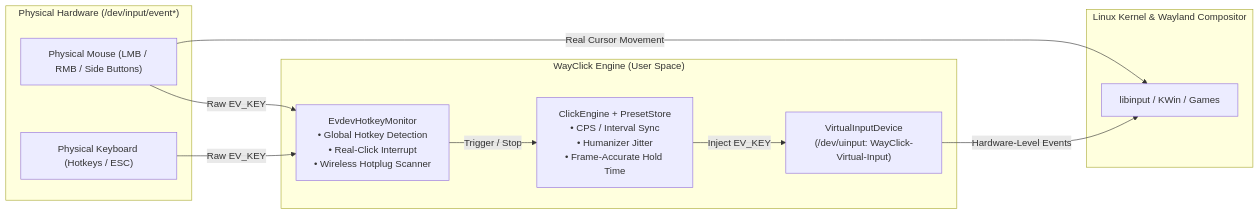
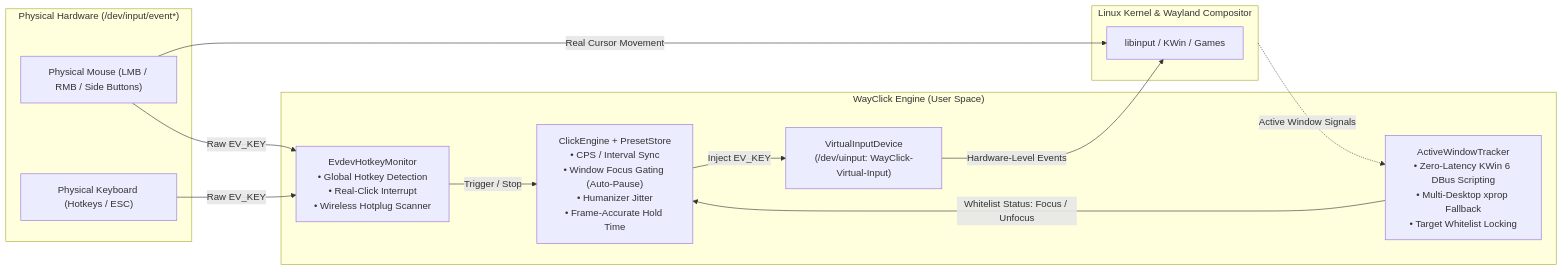
One commit to korgangames/WayClick changed the diagram in README.md. Above: the diagram before and after it, drawn with Mermaid. The commit also changed other lines of this file and 1 other file, not shown here.

First line of the commit message:
Add App/Game window whitelist & target locking feature

````diff
--- a/README.md
+++ b/README.md
@@ -35,24 +35,27 @@
 ```mermaid
 flowchart LR
     subgraph Hardware["Physical Hardware (/dev/input/event*)"]
         Mouse["Physical Mouse (LMB / RMB / Side Buttons)"]
         Kbd["Physical Keyboard (Hotkeys / ESC)"]
     end
 
     subgraph WayClick["WayClick Engine (User Space)"]
         Monitor["EvdevHotkeyMonitor\n• Global Hotkey Detection\n• Real-Click Interrupt\n• Wireless Hotplug Scanner"]
-        Engine["ClickEngine + PresetStore\n• CPS / Interval Sync\n• Humanizer Jitter\n• Frame-Accurate Hold Time"]
+        Tracker["ActiveWindowTracker\n• Zero-Latency KWin 6 DBus Scripting\n• Multi-Desktop xprop Fallback\n• Target Whitelist Locking"]
+        Engine["ClickEngine + PresetStore\n• CPS / Interval Sync\n• Window Focus Gating (Auto-Pause)\n• Humanizer Jitter\n• Frame-Accurate Hold Time"]
         VDev["VirtualInputDevice\n(/dev/uinput: WayClick-Virtual-Input)"]
     end
 
     subgraph Compositor["Linux Kernel & Wayland Compositor"]
         Libinput["libinput / KWin / Games"]
     end
 
     Mouse -->|Raw EV_KEY| Monitor
     Kbd -->|Raw EV_KEY| Monitor
+    Compositor -.->|Active Window Signals| Tracker
+    Tracker -->|Whitelist Status: Focus / Unfocus| Engine
     Monitor -->|Trigger / Stop| Engine
     Engine -->|Inject EV_KEY| VDev
     VDev -->|Hardware-Level Events| Libinput
     Mouse -->|Real Cursor Movement| Libinput
 ```
````
